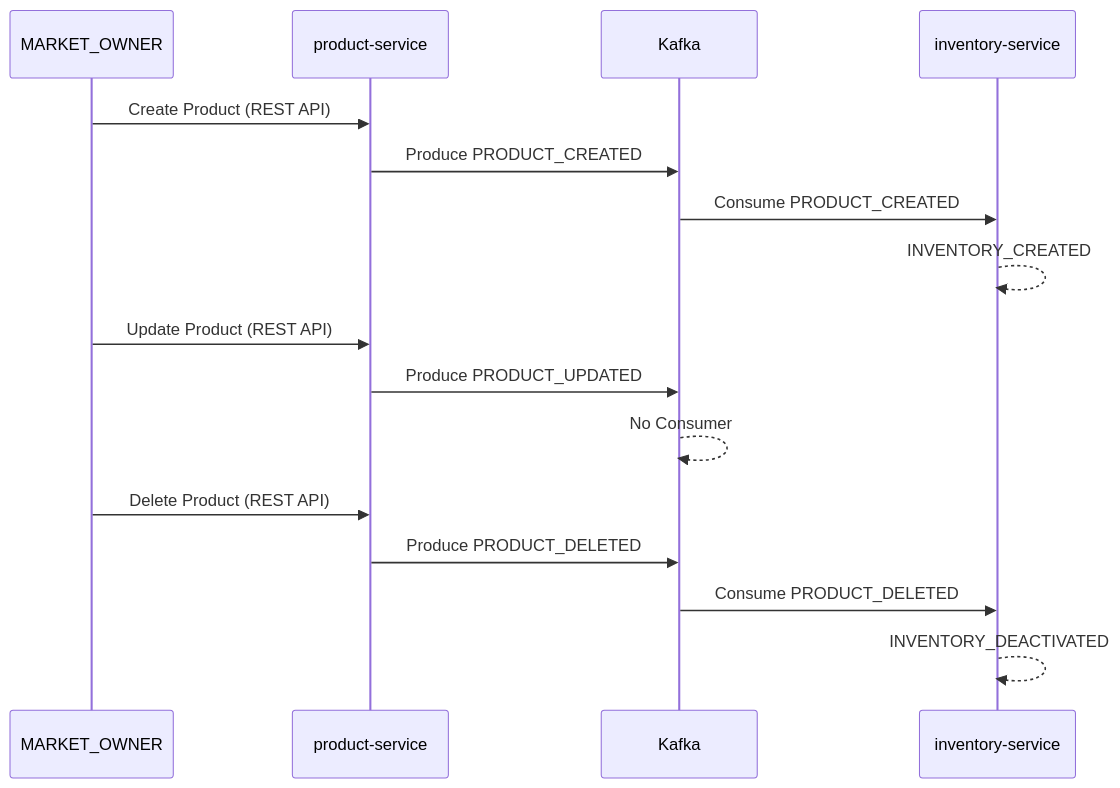
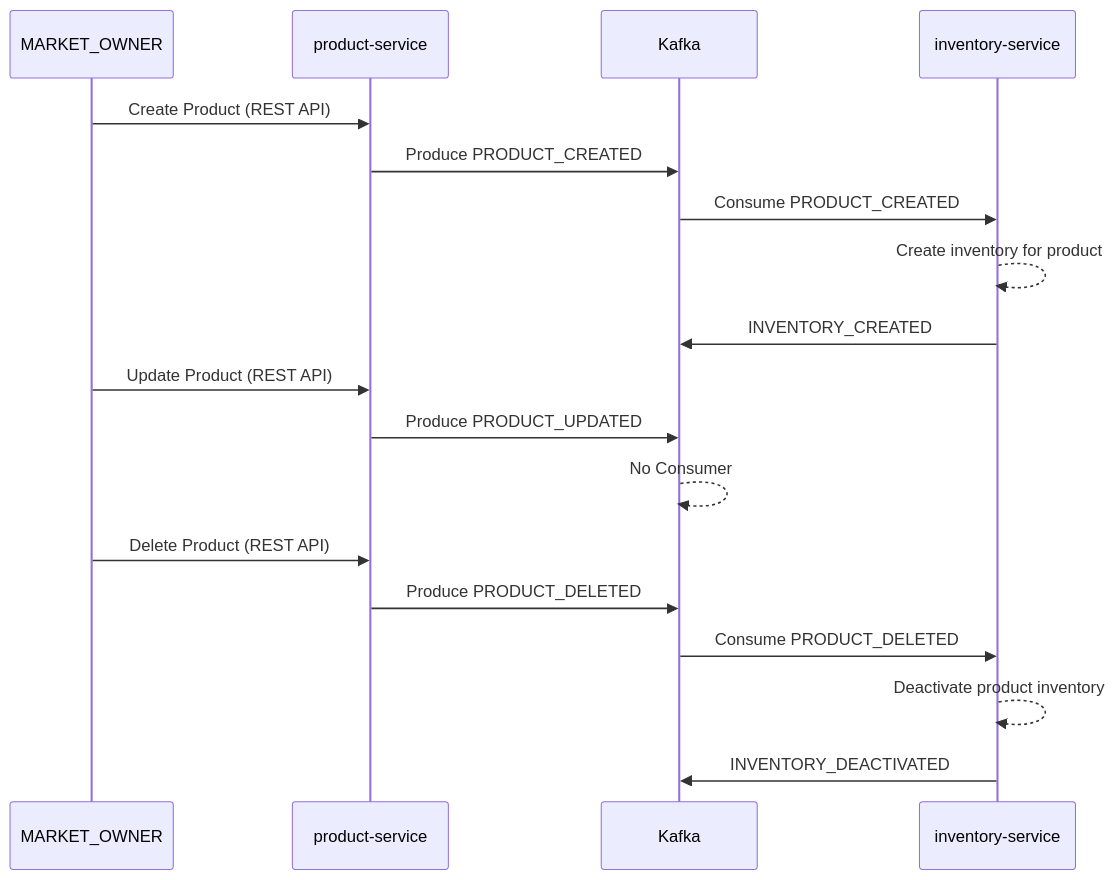
Before and after one commit to sevketbuyukdemir/microservices: the first of 7 diagrams in documents/FLOWS.md, drawn with Mermaid. The commit also changed other lines of this file and 11 other files, not shown here.

````diff
--- a/documents/FLOWS.md
+++ b/documents/FLOWS.md
@@ -7,21 +7,23 @@
 ```mermaid
 sequenceDiagram
     participant MO as MARKET_OWNER
     participant PS as product-service
     participant K as Kafka
     participant IS as inventory-service
 
     MO->>PS: Create Product (REST API)
     PS->>K: Produce PRODUCT_CREATED
     K->>IS: Consume PRODUCT_CREATED
-    IS-->>IS: INVENTORY_CREATED
+    IS-->>IS: Create inventory for product
+    IS->>K: INVENTORY_CREATED
 
     MO->>PS: Update Product (REST API)
     PS->>K: Produce PRODUCT_UPDATED
     K-->>K: No Consumer
 
     MO->>PS: Delete Product (REST API)
     PS->>K: Produce PRODUCT_DELETED
     K->>IS: Consume PRODUCT_DELETED
-    IS-->>IS: INVENTORY_DEACTIVATED
+    IS-->>IS: Deactivate product inventory
+    IS->>K: INVENTORY_DEACTIVATED
 ```
````
